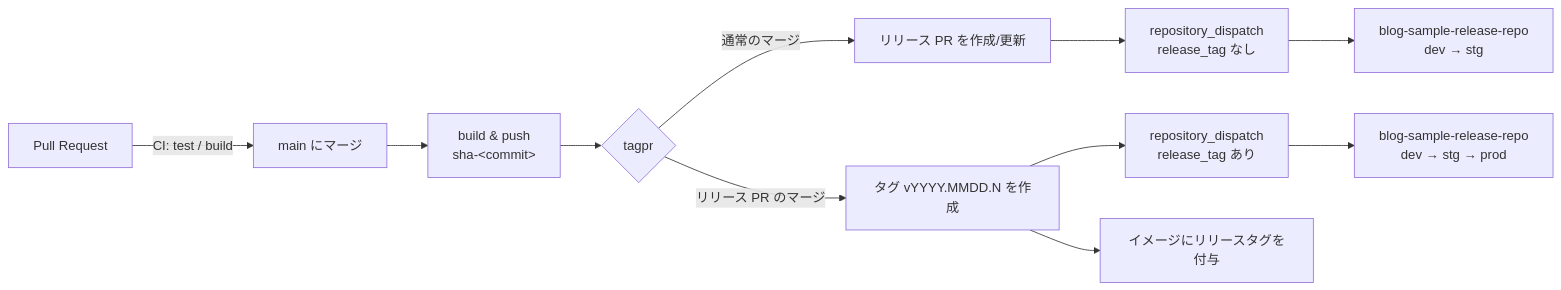
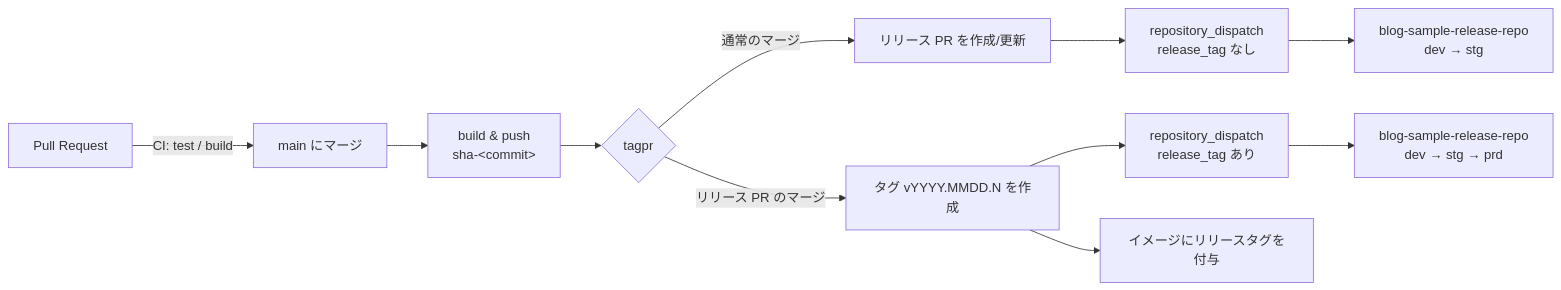
One commit to gainings/blog-sample-app-repo1 changed the diagram in README.md. Above: the diagram before and after it, drawn with Mermaid. The commit also changed other lines of this file and 1 other file, not shown here.

Commit message:
Rename production environment to prd in docs and comments

````diff
--- a/README.md
+++ b/README.md
@@ -11,13 +11,13 @@
 ```mermaid
 flowchart LR
     PR[Pull Request] -->|CI: test / build| Merge[main にマージ]
     Merge --> Build[build & push<br/>sha-&lt;commit&gt;]
     Build --> Tagpr{tagpr}
     Tagpr -->|通常のマージ| RelPR[リリース PR を作成/更新]
     Tagpr -->|リリース PR のマージ| Tag[タグ vYYYY.MMDD.N を作成]
     RelPR --> Dispatch[repository_dispatch<br/>release_tag なし]
     Tag --> Dispatch2[repository_dispatch<br/>release_tag あり]
     Tag --> Retag[イメージにリリースタグを付与]
     Dispatch --> Rel[blog-sample-release-repo<br/>dev → stg]
-    Dispatch2 --> Rel2[blog-sample-release-repo<br/>dev → stg → prod]
+    Dispatch2 --> Rel2[blog-sample-release-repo<br/>dev → stg → prd]
 ```
````
